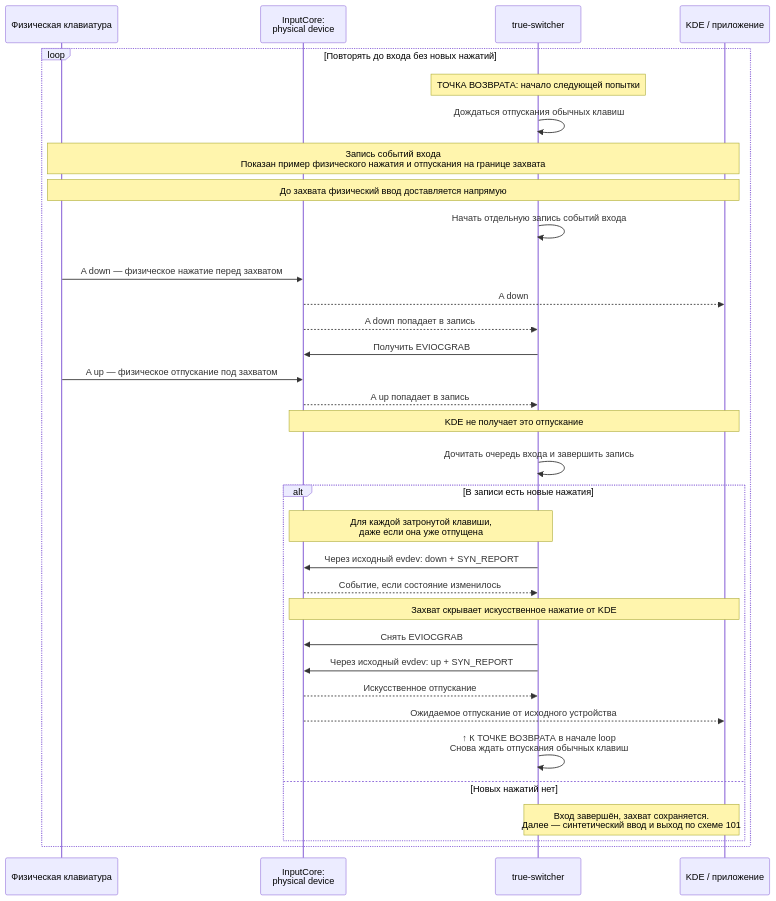
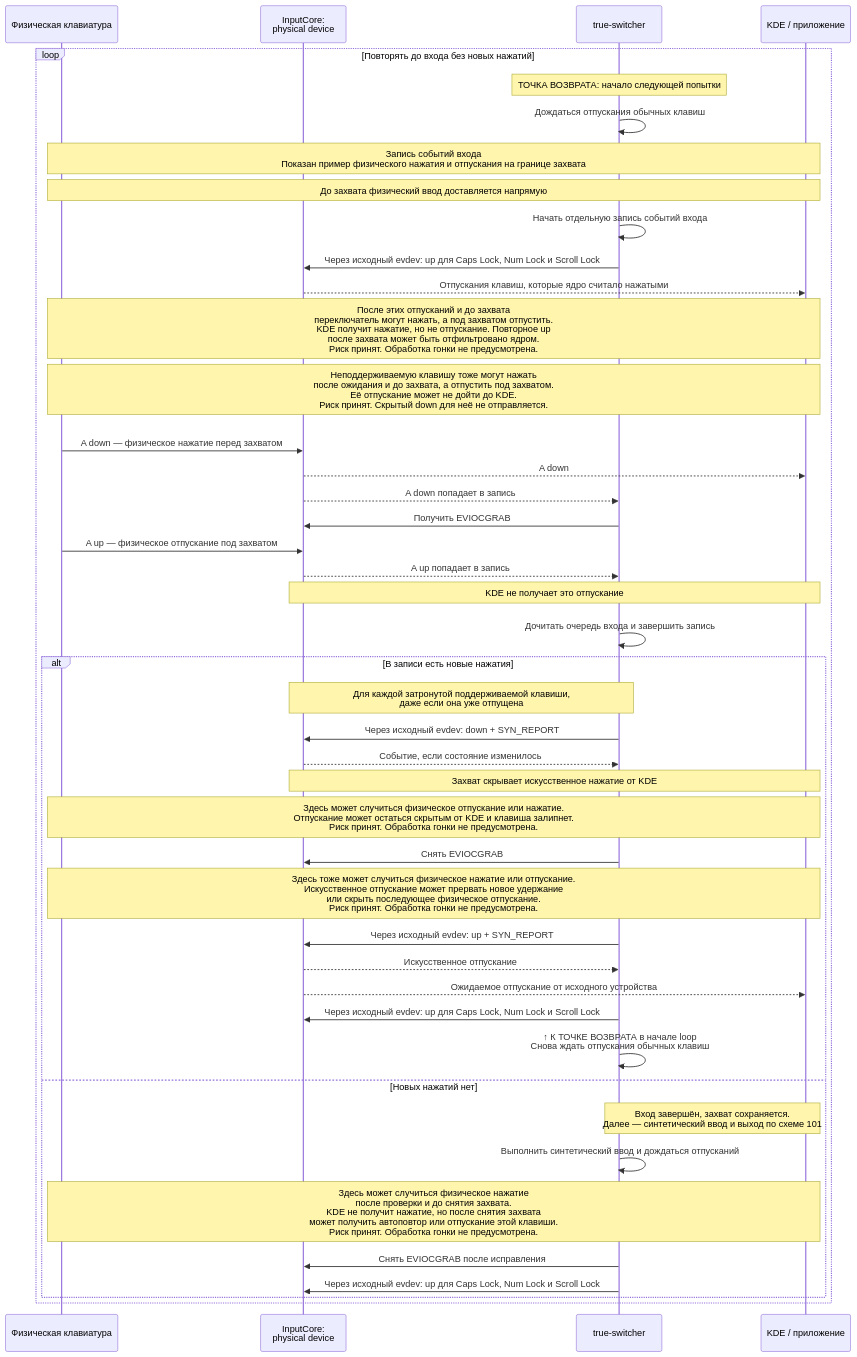
One commit to RugnarLodbrok/true-switcher changed the diagram in doc/tasks/102.md. Above: the diagram before and after it, drawn with Mermaid. The commit also changed other lines of this file and 3 other files, not shown here.

````diff
--- a/doc/tasks/102.md
+++ b/doc/tasks/102.md
@@ -23,39 +25,50 @@
 ```mermaid
 %%{init: {"themeCSS": "rect.rect { fill: none; stroke: #888; stroke-width: 1.5px; }"}}%%
 sequenceDiagram
     participant P as Физическая клавиатура
     participant A as InputCore:<br/>physical device
     participant S as true-switcher
     participant K as KDE / приложение
 
     loop Повторять до входа без новых нажатий
         Note over S: ТОЧКА ВОЗВРАТА: начало следующей попытки
         S->>S: Дождаться отпускания обычных клавиш
         Note over P,K: Запись событий входа<br/>Показан пример физического нажатия и отпускания на границе захвата
         Note over P,K: До захвата физический ввод доставляется напрямую
         S->>S: Начать отдельную запись событий входа
+        S->>A: Через исходный evdev: up для Caps Lock, Num Lock и Scroll Lock
+        A-->>K: Отпускания клавиш, которые ядро считало нажатыми
+        Note over P,K: После этих отпусканий и до захвата<br/>переключатель могут нажать, а под захватом отпустить.<br/>KDE получит нажатие, но не отпускание. Повторное up<br/>после захвата может быть отфильтровано ядром.<br/>Риск принят. Обработка гонки не предусмотрена.
+        Note over P,K: Неподдерживаемую клавишу тоже могут нажать<br/>после ожидания и до захвата, а отпустить под захватом.<br/>Её отпускание может не дойти до KDE.<br/>Риск принят. Скрытый down для неё не отправляется.
         rect rgba(0, 0, 0, 0)
             P->>A: A down — физическое нажатие перед захватом
             A-->>K: A down
             A-->>S: A down попадает в запись
             S->>A: Получить EVIOCGRAB
             P->>A: A up — физическое отпускание под захватом
             A-->>S: A up попадает в запись
             Note over A,K: KDE не получает это отпускание
         end
         S->>S: Дочитать очередь входа и завершить запись
         alt В записи есть новые нажатия
-            Note over S,A: Для каждой затронутой клавиши,<br/>даже если она уже отпущена
+            Note over S,A: Для каждой затронутой поддерживаемой клавиши,<br/>даже если она уже отпущена
             S->>A: Через исходный evdev: down + SYN_REPORT
             A-->>S: Событие, если состояние изменилось
             Note over A,K: Захват скрывает искусственное нажатие от KDE
+            Note over P,K: Здесь может случиться физическое отпускание или нажатие.<br/>Отпускание может остаться скрытым от KDE и клавиша залипнет.<br/>Риск принят. Обработка гонки не предусмотрена.
             S->>A: Снять EVIOCGRAB
+            Note over P,K: Здесь тоже может случиться физическое нажатие или отпускание.<br/>Искусственное отпускание может прервать новое удержание<br/>или скрыть последующее физическое отпускание.<br/>Риск принят. Обработка гонки не предусмотрена.
             S->>A: Через исходный evdev: up + SYN_REPORT
             A-->>S: Искусственное отпускание
             A-->>K: Ожидаемое отпускание от исходного устройства
+            S->>A: Через исходный evdev: up для Caps Lock, Num Lock и Scroll Lock
             S->>S: ↑ К ТОЧКЕ ВОЗВРАТА в начале loop<br/>Снова ждать отпускания обычных клавиш
         else Новых нажатий нет
             Note over S,K: Вход завершён, захват сохраняется.<br/>Далее — синтетический ввод и выход по схеме 101
+            S->>S: Выполнить синтетический ввод и дождаться отпусканий
+            Note over P,K: Здесь может случиться физическое нажатие<br/>после проверки и до снятия захвата.<br/>KDE не получит нажатие, но после снятия захвата<br/>может получить автоповтор или отпускание этой клавиши.<br/>Риск принят. Обработка гонки не предусмотрена.
+            S->>A: Снять EVIOCGRAB после исправления
+            S->>A: Через исходный evdev: up для Caps Lock, Num Lock и Scroll Lock
         end
     end
 ```
````
